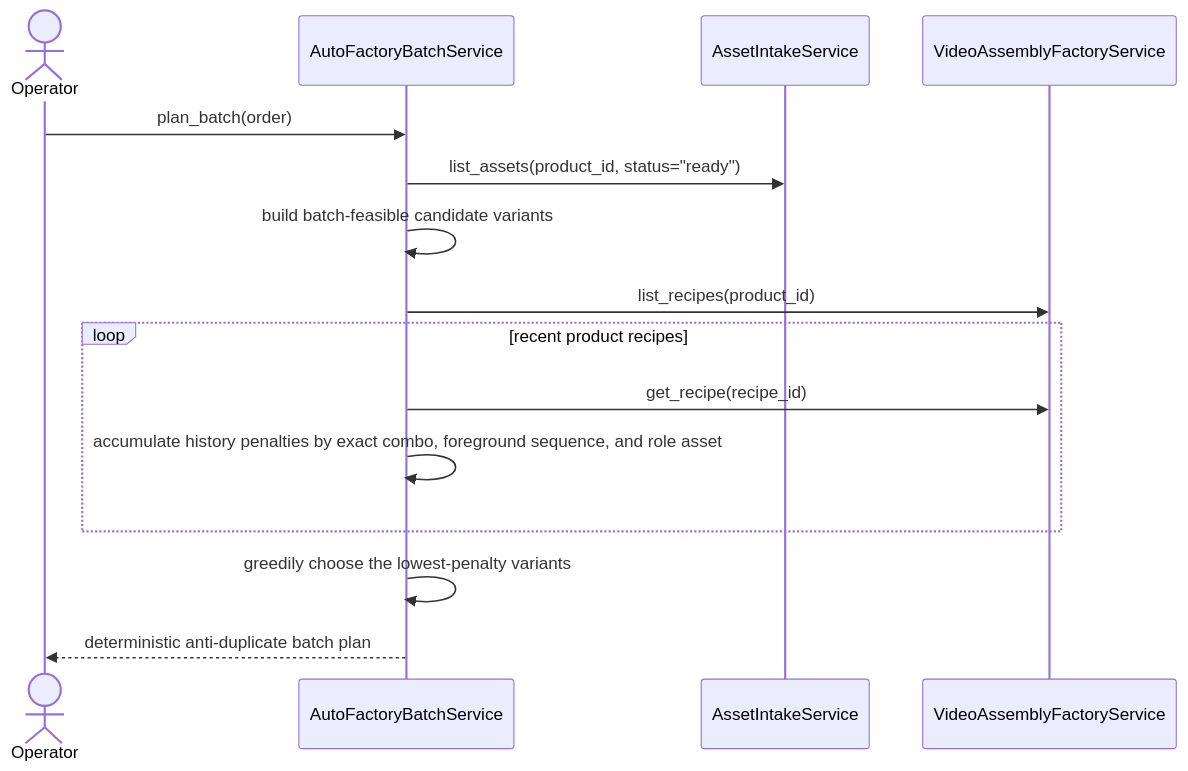
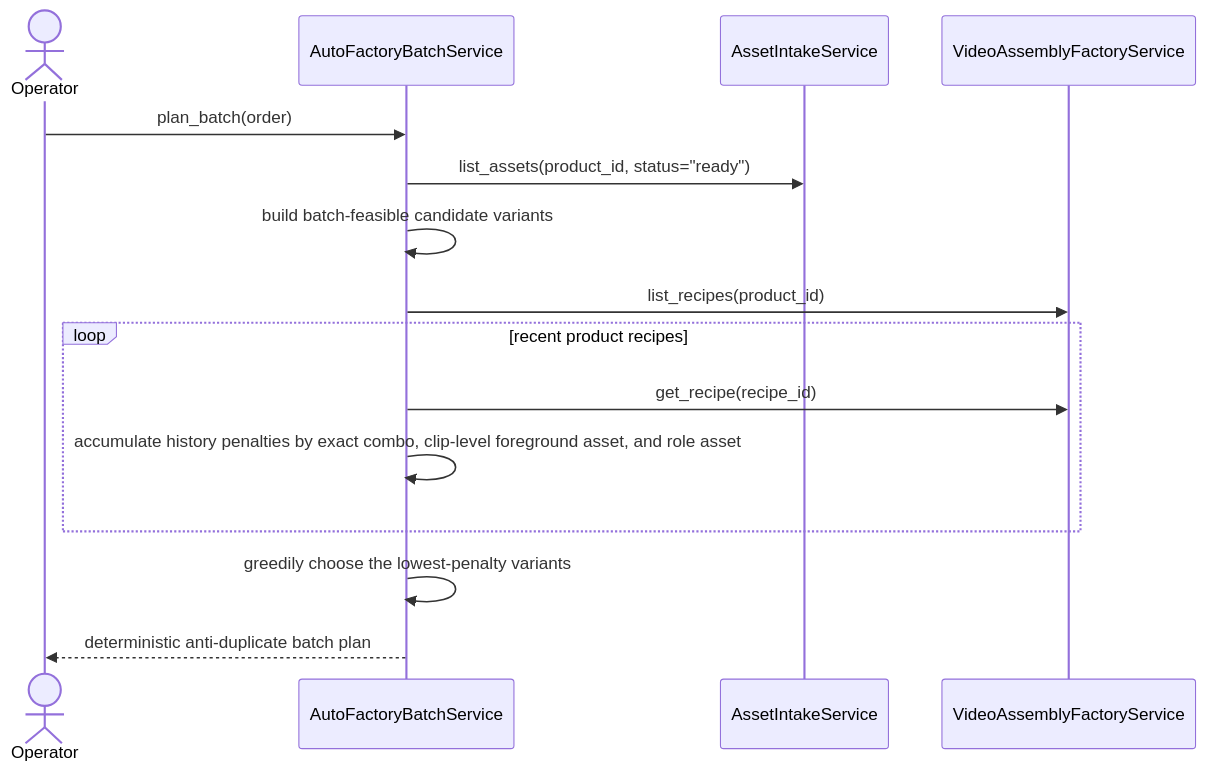
One commit to idev006/MTClipFactory changed the second of 2 diagrams in doc/77_Auto_Factory_History_Aware_Anti_Duplicate_Selection_Workflow_2026-06-21.md. Above: the diagram before and after it, drawn with Mermaid. The commit also changed other lines of this file and 18 other files, not shown here.

````diff
--- a/doc/77_Auto_Factory_History_Aware_Anti_Duplicate_Selection_Workflow_2026-06-21.md
+++ b/doc/77_Auto_Factory_History_Aware_Anti_Duplicate_Selection_Workflow_2026-06-21.md
@@ -63,18 +65,18 @@
 ```mermaid
 sequenceDiagram
     actor Operator
     participant Planner as AutoFactoryBatchService
     participant AssetSvc as AssetIntakeService
     participant Factory as VideoAssemblyFactoryService
 
     Operator->>Planner: plan_batch(order)
     Planner->>AssetSvc: list_assets(product_id, status="ready")
     Planner->>Planner: build batch-feasible candidate variants
     Planner->>Factory: list_recipes(product_id)
     loop recent product recipes
         Planner->>Factory: get_recipe(recipe_id)
-        Planner->>Planner: accumulate history penalties by exact combo, foreground sequence, and role asset
+        Planner->>Planner: accumulate history penalties by exact combo, clip-level foreground asset, and role asset
     end
     Planner->>Planner: greedily choose the lowest-penalty variants
     Planner-->>Operator: deterministic anti-duplicate batch plan
 ```
````
